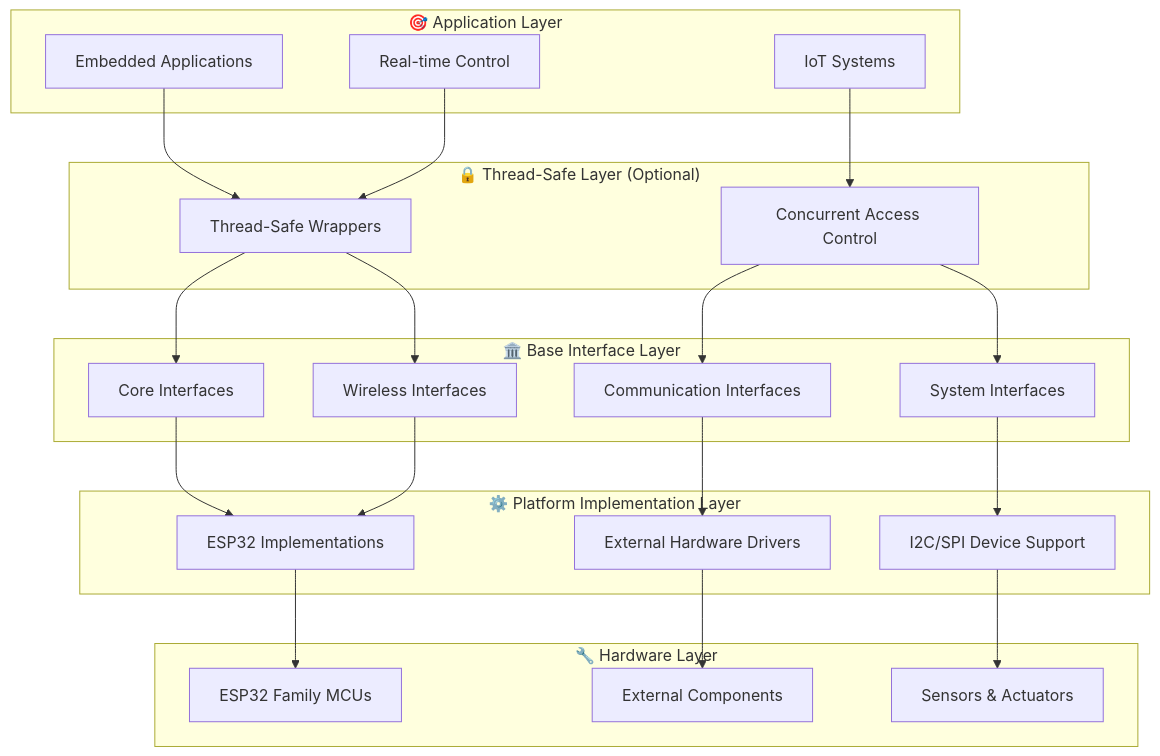
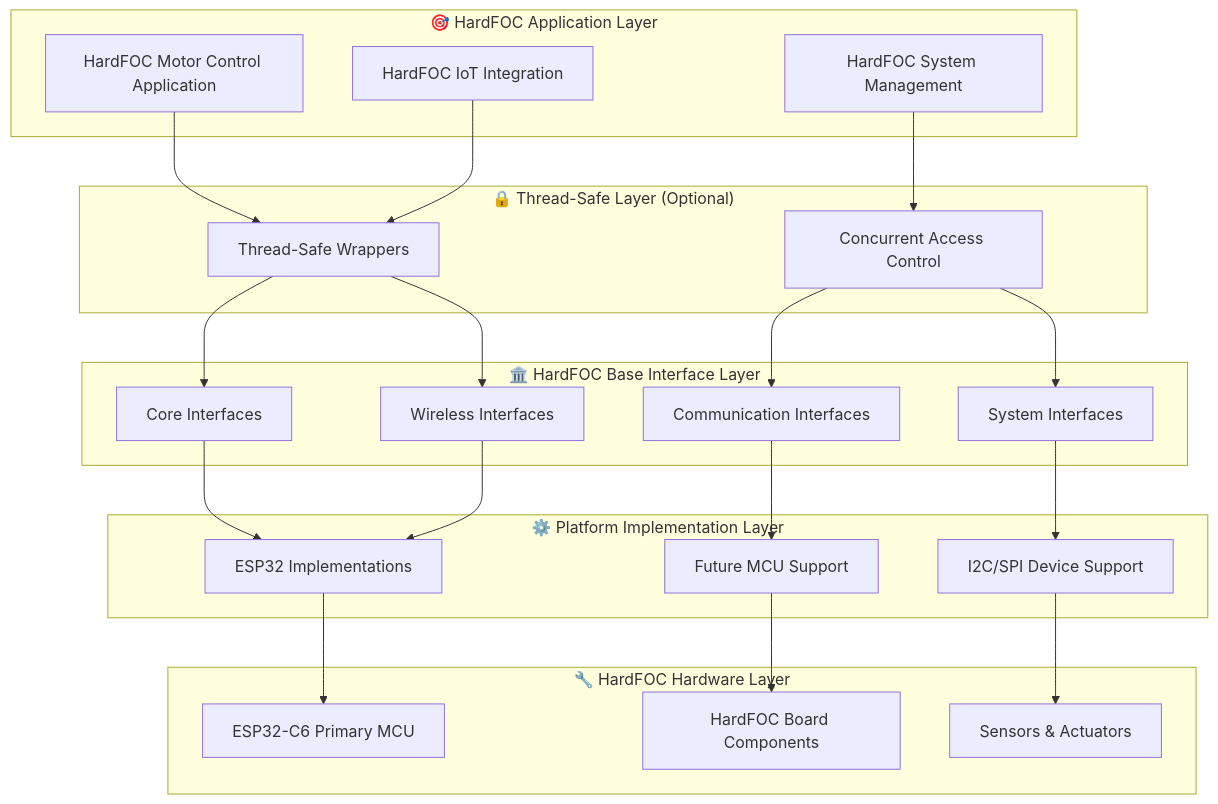
The diagram in README.md (N3b3x/hf-internal-interface-wrap), drawn with Mermaid before and after one commit. The commit also changed other lines of this file and 2 other files, not shown here.

Commit message:
Refactor project to HardFOC-specific motor control interface wrapper

````diff
--- a/README.md
+++ b/README.md
@@ -52,50 +52,50 @@
 ```mermaid
 graph TB
-    subgraph "🎯 Application Layer"
-        A[Embedded Applications]
-        B[IoT Systems]
-        C[Real-time Control]
+    subgraph "🎯 HardFOC Application Layer"
+        A[HardFOC Motor Control Application]
+        B[HardFOC System Management]
+        C[HardFOC IoT Integration]
     end
     
     subgraph "🔒 Thread-Safe Layer (Optional)"
         D[Thread-Safe Wrappers]
         E[Concurrent Access Control]
     end
     
-    subgraph "🏛️ Base Interface Layer"
+    subgraph "🏛️ HardFOC Base Interface Layer"
         F[Core Interfaces]
         G[Communication Interfaces] 
         H[Wireless Interfaces]
         I[System Interfaces]
     end
     
     subgraph "⚙️ Platform Implementation Layer"
         J[ESP32 Implementations]
-        K[External Hardware Drivers]
+        K[Future MCU Support]
         L[I2C/SPI Device Support]
     end
     
-    subgraph "🔧 Hardware Layer"
-        M[ESP32 Family MCUs]
-        N[External Components]
+    subgraph "🔧 HardFOC Hardware Layer"
+        M[ESP32-C6 Primary MCU]
+        N[HardFOC Board Components]
         O[Sensors & Actuators]
     end
     
     A --> D
     B --> E
     C --> D
     
     D --> F
     E --> G
     D --> H
     E --> I
     
     F --> J
     G --> K
     H --> J
     I --> L
     
     J --> M
     K --> N
     L --> O
 ```
````
